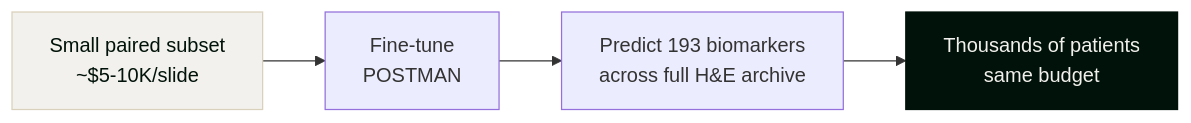
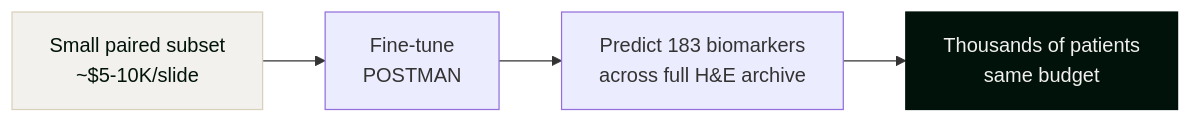
Before and after one commit to Strand-AI/figma-slides-mcp: the second of 3 diagrams in slides/elucidate.md, drawn with Mermaid. The commit also changed other lines of this file, not shown here.

````diff
--- a/slides/elucidate.md
+++ b/slides/elucidate.md
@@ -167,8 +174,8 @@
 ```mermaid
 graph LR
     A["Small paired subset<br/>~$5-10K/slide"] --> B["Fine-tune<br/>POSTMAN"]
-    B --> C["Predict 193 biomarkers<br/>across full H&E archive"]
+    B --> C["Predict 183 biomarkers<br/>across full H&E archive"]
     C --> D["Thousands of patients<br/>same budget"]
     style A fill:#F2F1ED,color:#00120A,stroke:#D9D1BB
     style D fill:#00120A,color:#F2F1ED,stroke:#00120A
 ```
````
